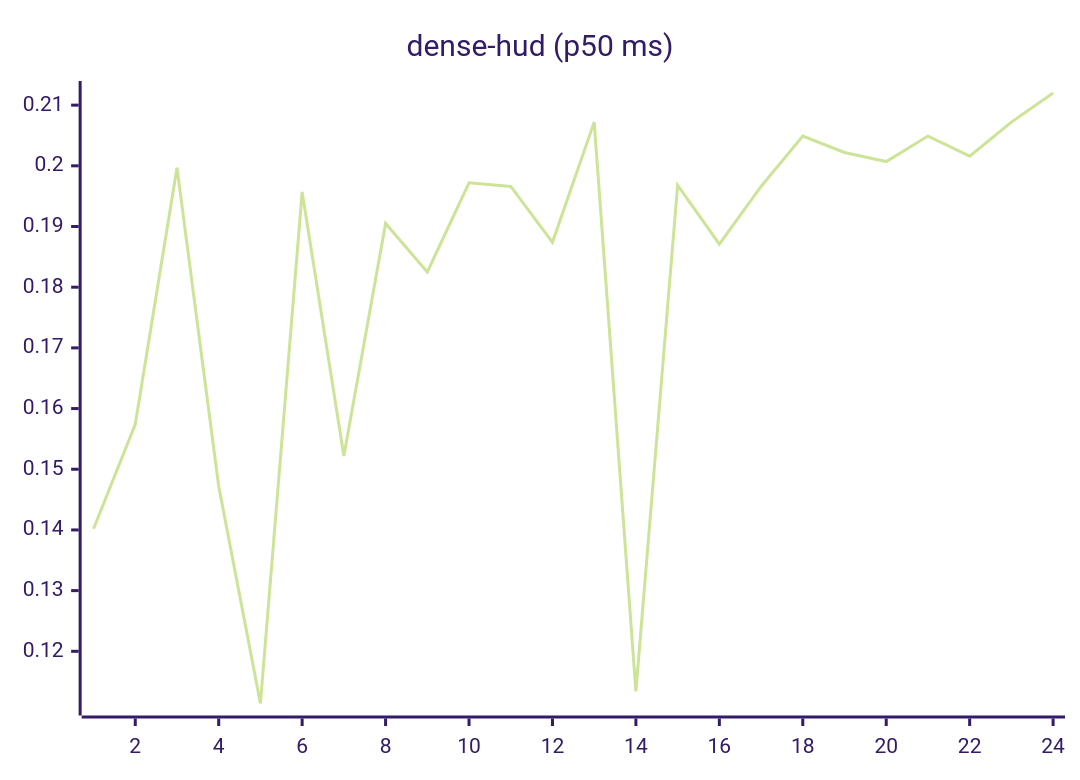
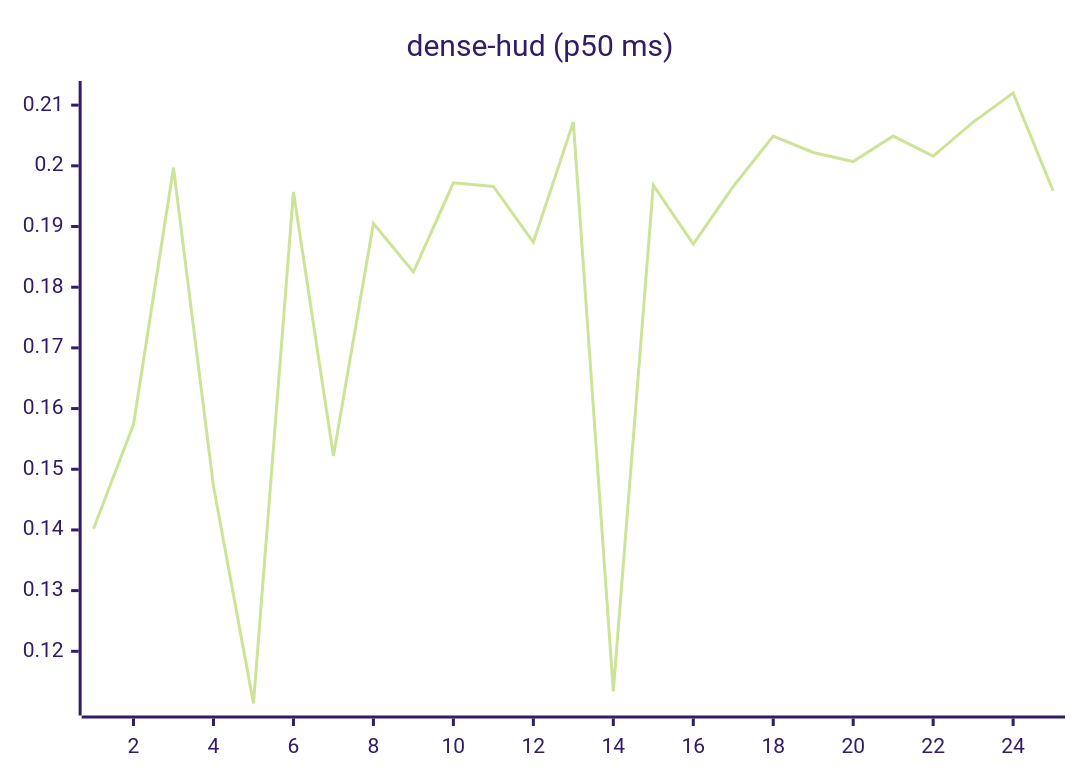
The eighth of 27 diagrams in README.md (josha/Facet), drawn with Mermaid (forest theme) before and after one commit. The commit also changed other lines of this file and 2 other files, not shown here.

````diff
--- a/README.md
+++ b/README.md
@@ -112,6 +112,6 @@
 ```mermaid
 xychart-beta
     title "dense-hud (p50 ms)"
-    x-axis 1 --> 24
-    line [0.1402, 0.1574, 0.1997, 0.1472, 0.1114, 0.1957, 0.1522, 0.1905, 0.1825, 0.1972, 0.1966, 0.1874, 0.2072, 0.1134, 0.1968, 0.1871, 0.1966, 0.2049, 0.2022, 0.2007, 0.2049, 0.2016, 0.2072, 0.2120]
+    x-axis 1 --> 25
+    line [0.1402, 0.1574, 0.1997, 0.1472, 0.1114, 0.1957, 0.1522, 0.1905, 0.1825, 0.1972, 0.1966, 0.1874, 0.2072, 0.1134, 0.1968, 0.1871, 0.1966, 0.2049, 0.2022, 0.2007, 0.2049, 0.2016, 0.2072, 0.2120, 0.1959]
 ```
````
